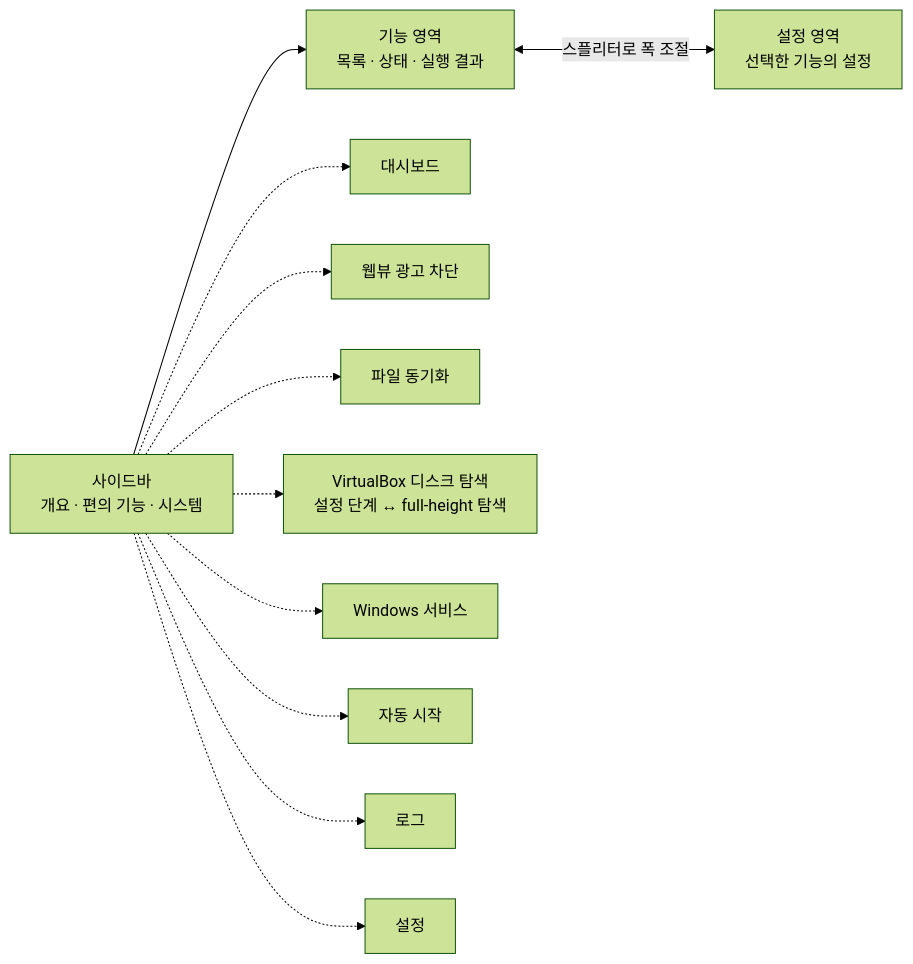
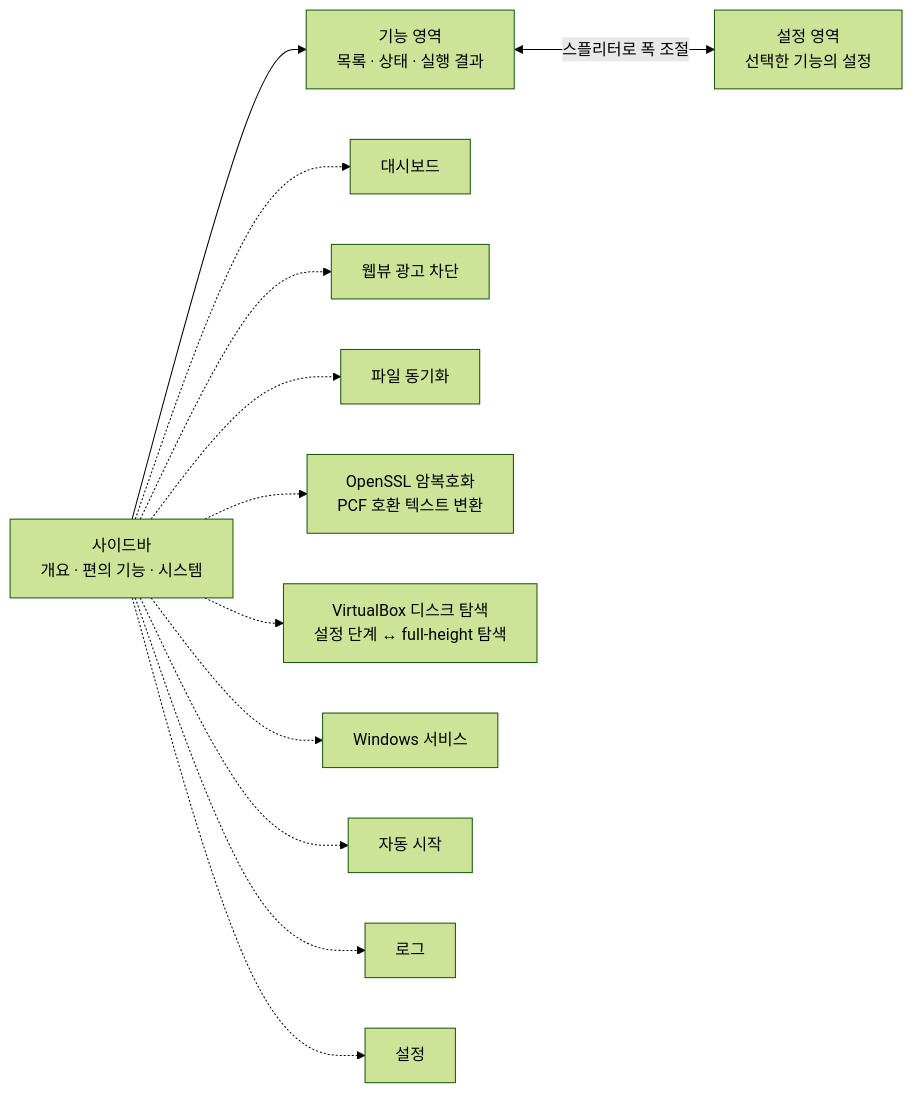
The first of 4 diagrams in docs/README.md (CountJung/gpui-convenience-tools), drawn with Mermaid (forest theme) before and after one commit. The commit also changed other lines of this file and 31 other files, not shown here.

Commit message:
feat: PCF OpenSSL 변환과 설정 저장 및 문서 작업 목록 정리

````diff
--- a/docs/README.md
+++ b/docs/README.md
@@ -53,18 +59,19 @@
 ```mermaid
 flowchart LR
     sidebar["사이드바<br/>개요 · 편의 기능 · 시스템"]
     feature["기능 영역<br/>목록 · 상태 · 실행 결과"]
     settings["설정 영역<br/>선택한 기능의 설정"]
 
     sidebar --> feature
     feature <-->|"스플리터로 폭 조절"| settings
 
     sidebar -.-> dashboard["대시보드"]
     sidebar -.-> ad["웹뷰 광고 차단"]
     sidebar -.-> sync["파일 동기화"]
+    sidebar -.-> openssl["OpenSSL 암복호화<br/>PCF 호환 텍스트 변환"]
     sidebar -.-> vdi["VirtualBox 디스크 탐색<br/>설정 단계 ↔ full-height 탐색"]
     sidebar -.-> service["Windows 서비스"]
     sidebar -.-> startup["자동 시작"]
     sidebar -.-> logs["로그"]
     sidebar -.-> app_settings["설정"]
 ```
````
